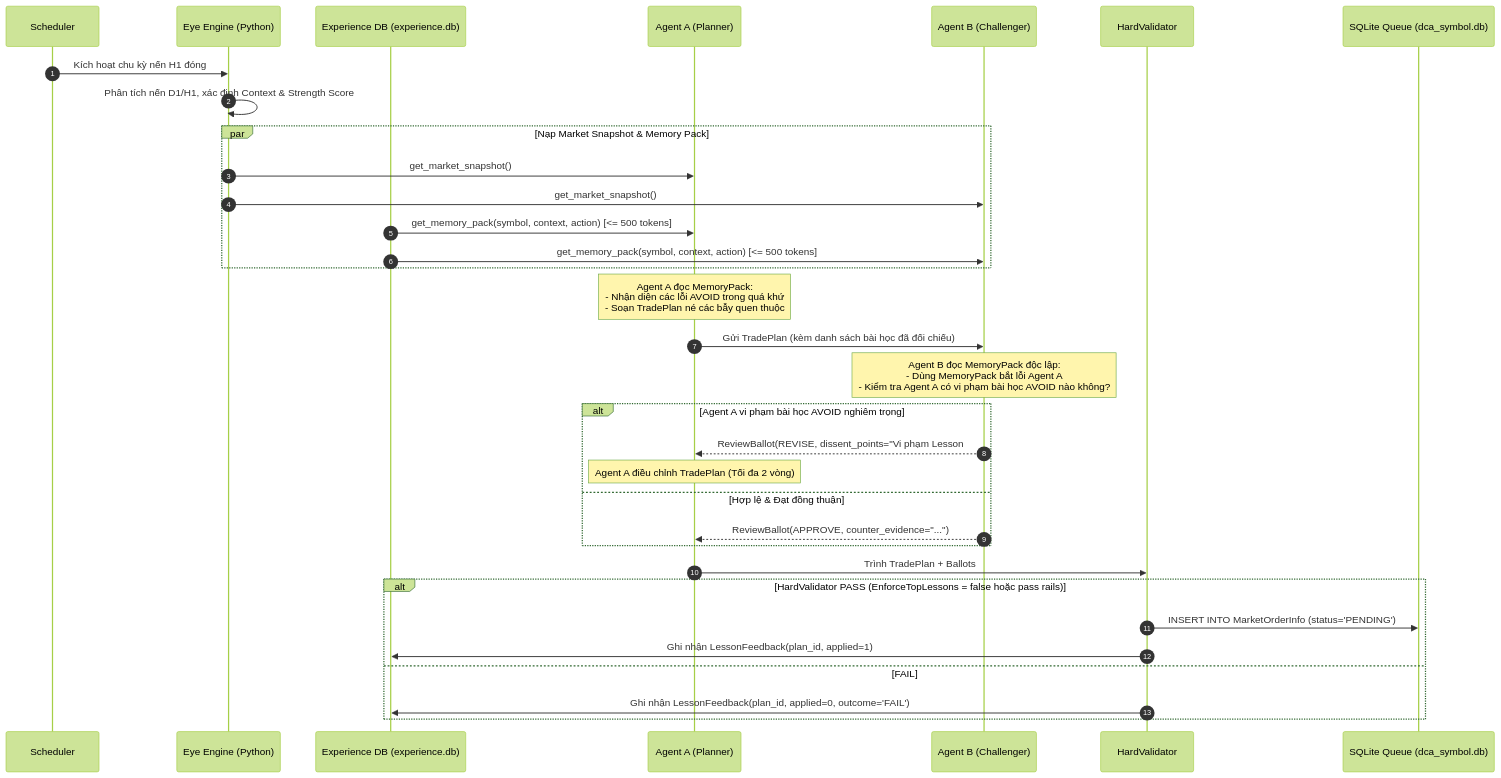
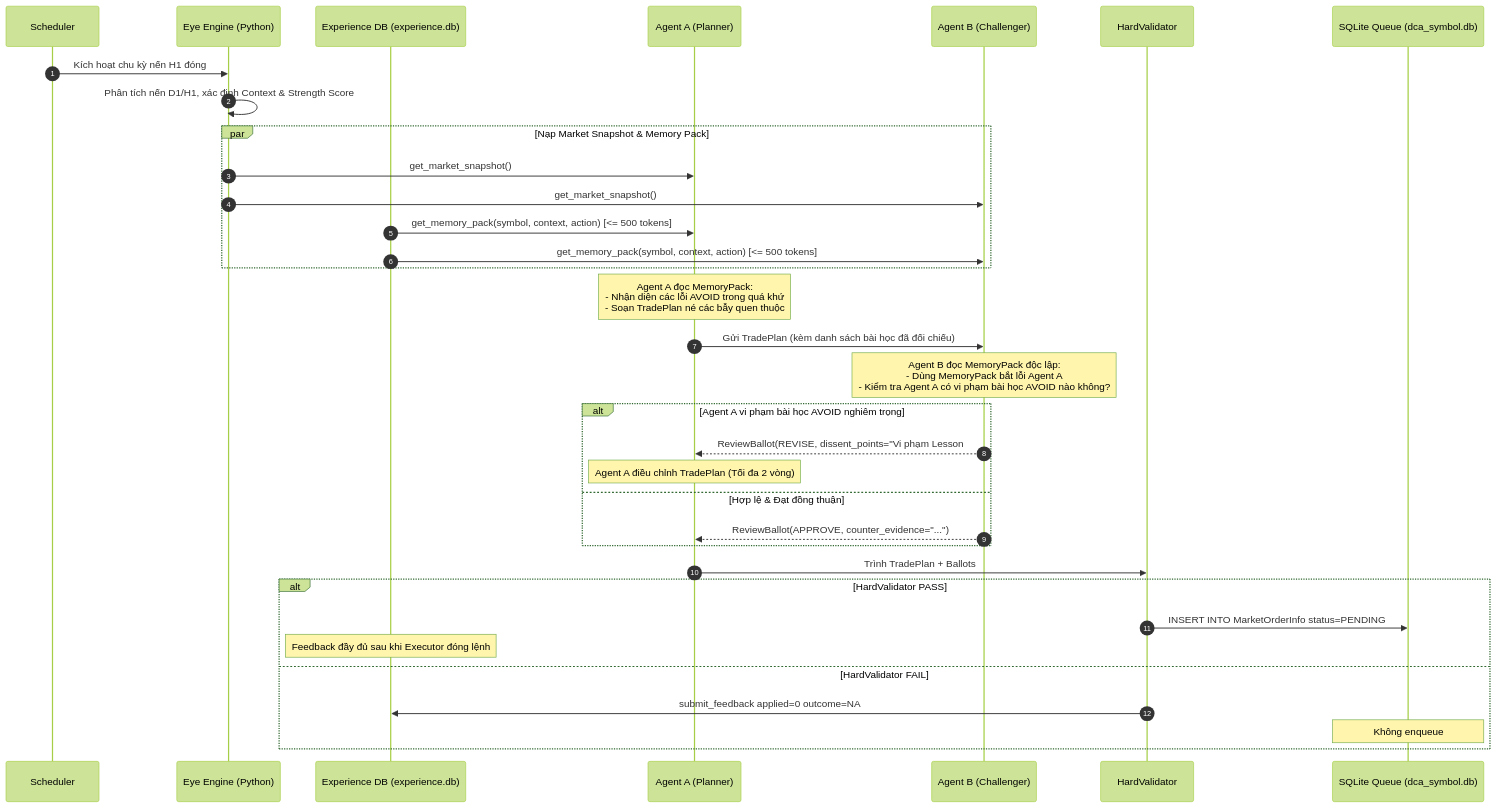
Before and after one commit to nguyenhongdat09/doctradingagent2agent: the diagram in doc/doc_experience/diagrams/E03-memory-injection.mmd, drawn with Mermaid (forest theme). The commit also changed 48 other files, not shown here.

```diff
--- a/doc/doc_experience/diagrams/E03-memory-injection.mmd
+++ b/doc/doc_experience/diagrams/E03-memory-injection.mmd
@@ -1,41 +1,42 @@
 %% E03-memory-injection.mmd
 %% Sơ đồ Sequence/Flow: Vị trí nạp get_memory_pack() trong vòng đời quyết định A/B
 sequenceDiagram
     autonumber
     participant S as Scheduler
     participant E as Eye Engine (Python)
     participant Exp as Experience DB (experience.db)
     participant A as Agent A (Planner)
     participant B as Agent B (Challenger)
     participant V as HardValidator
     participant Q as SQLite Queue (dca_symbol.db)
 
     S->>E: Kích hoạt chu kỳ nến H1 đóng
     E->>E: Phân tích nến D1/H1, xác định Context & Strength Score
     
     par Nạp Market Snapshot & Memory Pack
         E->>A: get_market_snapshot()
         E->>B: get_market_snapshot()
         Exp->>A: get_memory_pack(symbol, context, action) [<= 500 tokens]
         Exp->>B: get_memory_pack(symbol, context, action) [<= 500 tokens]
     end
 
     Note over A: Agent A đọc MemoryPack:<br/>- Nhận diện các lỗi AVOID trong quá khứ<br/>- Soạn TradePlan né các bẫy quen thuộc
     A->>B: Gửi TradePlan (kèm danh sách bài học đã đối chiếu)
 
     Note over B: Agent B đọc MemoryPack độc lập:<br/>- Dùng MemoryPack bắt lỗi Agent A<br/>- Kiểm tra Agent A có vi phạm bài học AVOID nào không?
     
     alt Agent A vi phạm bài học AVOID nghiêm trọng
         B-->>A: ReviewBallot(REVISE, dissent_points="Vi phạm Lesson #X")
         Note over A: Agent A điều chỉnh TradePlan (Tối đa 2 vòng)
     else Hợp lệ & Đạt đồng thuận
         B-->>A: ReviewBallot(APPROVE, counter_evidence="...")
     end
 
     A->>V: Trình TradePlan + Ballots
-    alt HardValidator PASS (EnforceTopLessons = false hoặc pass rails)
-        V->>Q: INSERT INTO MarketOrderInfo (status='PENDING')
-        V->>Exp: Ghi nhận LessonFeedback(plan_id, applied=1)
-    else FAIL
-        V->>Exp: Ghi nhận LessonFeedback(plan_id, applied=0, outcome='FAIL')
+    alt HardValidator PASS
+        V->>Q: INSERT INTO MarketOrderInfo status=PENDING
+        Note over Exp: Feedback đầy đủ sau khi Executor đóng lệnh
+    else HardValidator FAIL
+        V->>Exp: submit_feedback applied=0 outcome=NA
+        Note over Q: Không enqueue
     end
```
